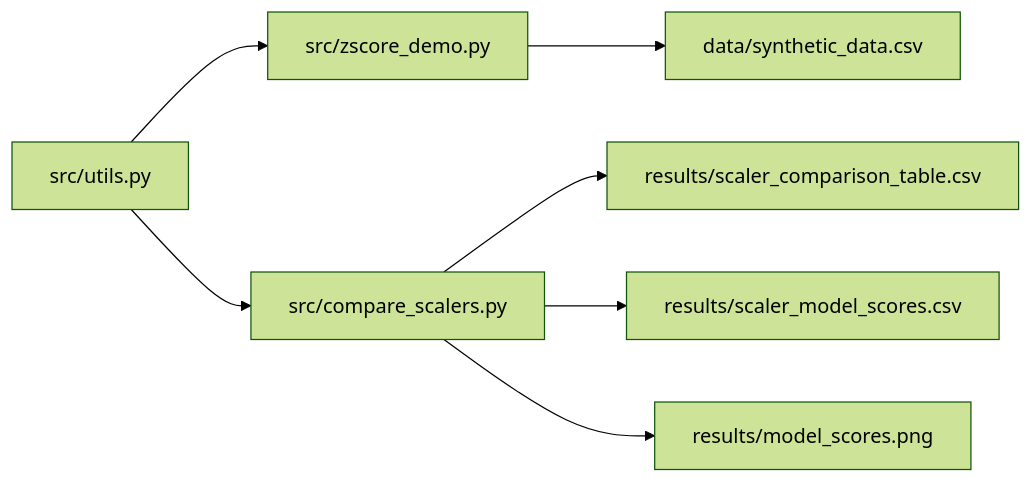
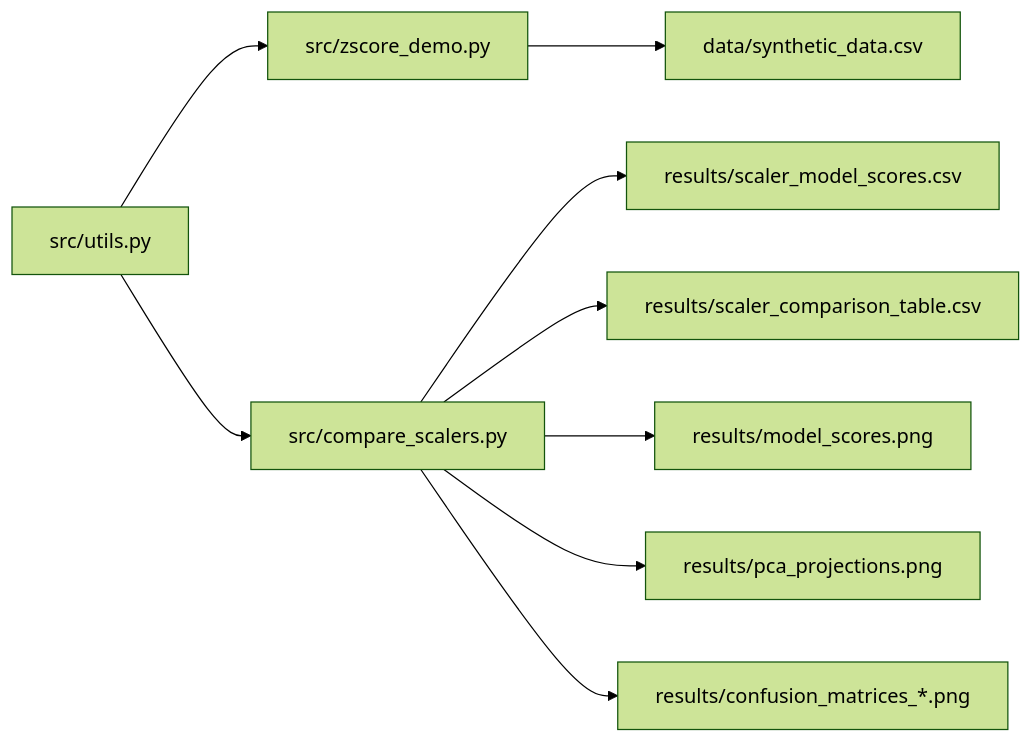
Before and after one commit to hkevin01/zscore_ml_project: the first of 5 diagrams in README.md, drawn with Mermaid (forest theme). The commit also changed other lines of this file and 10 other files, not shown here.

````diff
--- a/README.md
+++ b/README.md
@@ -116,9 +114,11 @@
 ```mermaid
 flowchart LR
-    A[src/utils.py] --> B[src/zscore_demo.py]
-    A --> C[src/compare_scalers.py]
-    B --> D[data/synthetic_data.csv]
+    A[src/zscore_demo.py] --> B[data/synthetic_data.csv]
+    C[src/compare_scalers.py] --> D[results/scaler_model_scores.csv]
     C --> E[results/scaler_comparison_table.csv]
-    C --> F[results/scaler_model_scores.csv]
-    C --> G[results/model_scores.png]
+    C --> F[results/model_scores.png]
+    C --> G[results/pca_projections.png]
+    C --> H[results/confusion_matrices_*.png]
+    I[src/utils.py] --> A
+    I --> C
 ```
````
